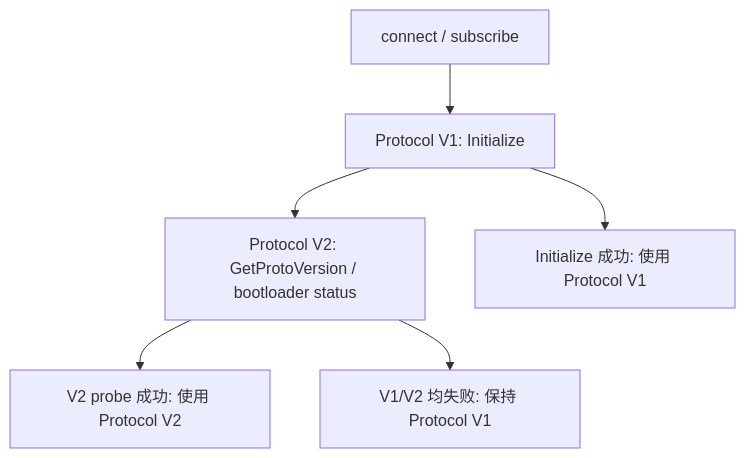
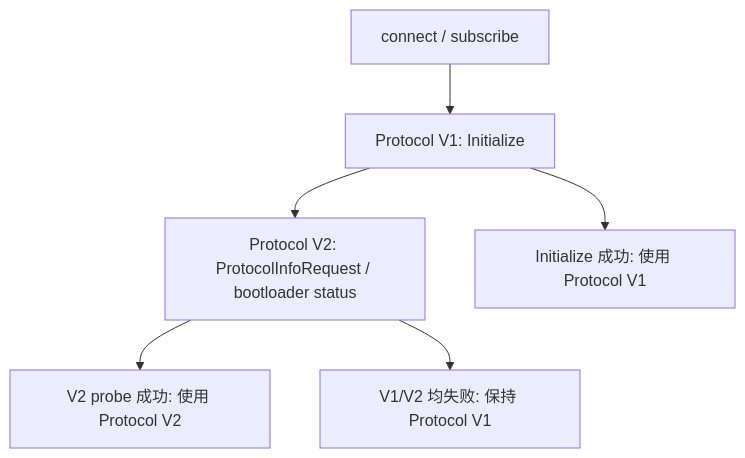
One commit to OneKeyHQ/hardware-js-sdk changed the first of 4 diagrams in docs/protocol-v2.md. Above: the diagram before and after it, drawn with Mermaid. The commit also changed other lines of this file and 63 other files, not shown here.

````diff
--- a/docs/protocol-v2.md
+++ b/docs/protocol-v2.md
@@ -15,15 +15,15 @@
 ```mermaid
 flowchart TD
   Connect["connect / subscribe"]
   ProbeV1["Protocol V1: Initialize"]
-  ProbeV2["Protocol V2: GetProtoVersion / bootloader status"]
+  ProbeV2["Protocol V2: ProtocolInfoRequest / bootloader status"]
   UseV1["Initialize 成功: 使用 Protocol V1"]
   UseV2["V2 probe 成功: 使用 Protocol V2"]
   FallbackV1["V1/V2 均失败: 保持 Protocol V1"]
 
   Connect --> ProbeV1
   ProbeV1 --> UseV1
   ProbeV1 --> ProbeV2
   ProbeV2 --> UseV2
   ProbeV2 --> FallbackV1
 ```
````
